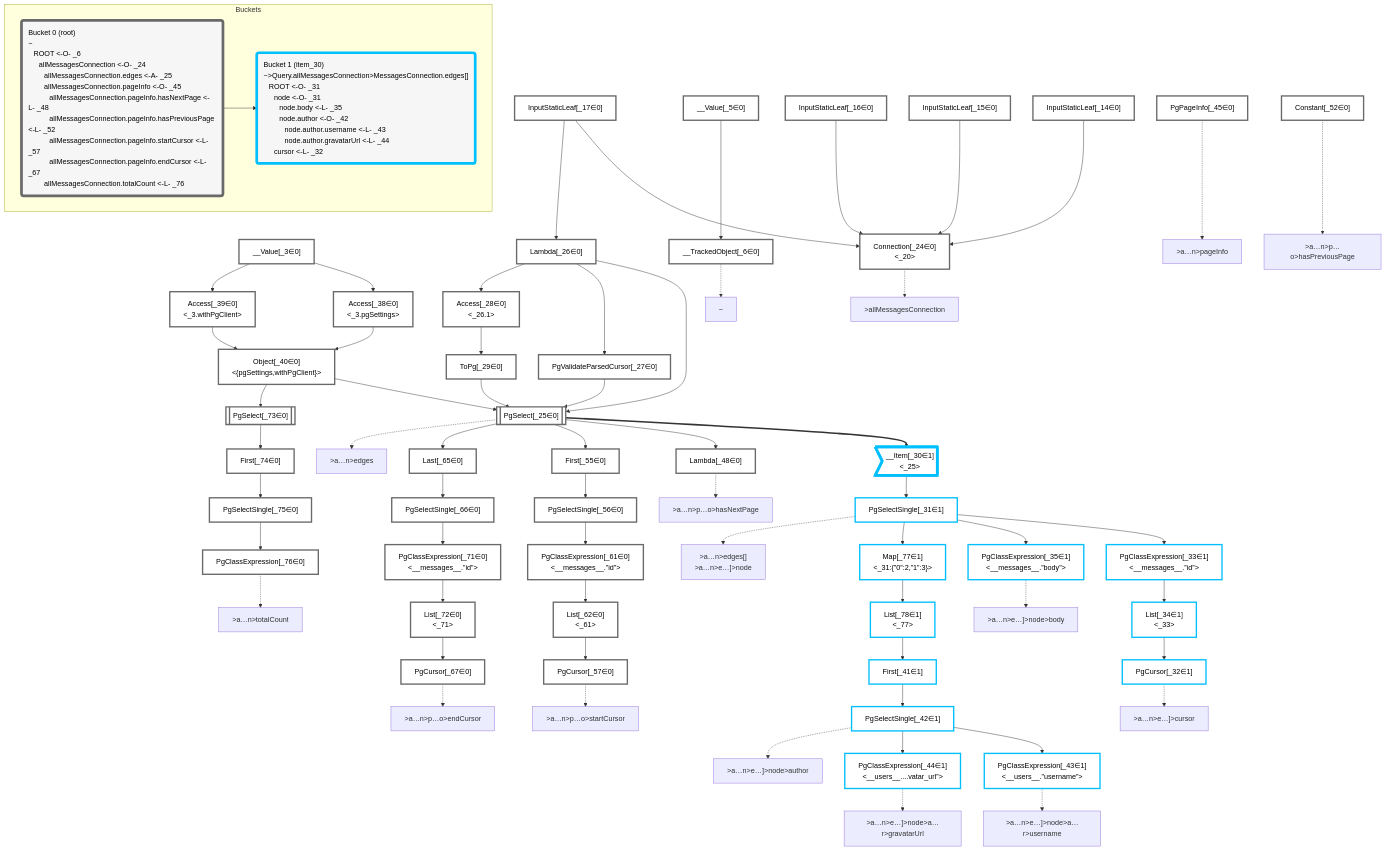
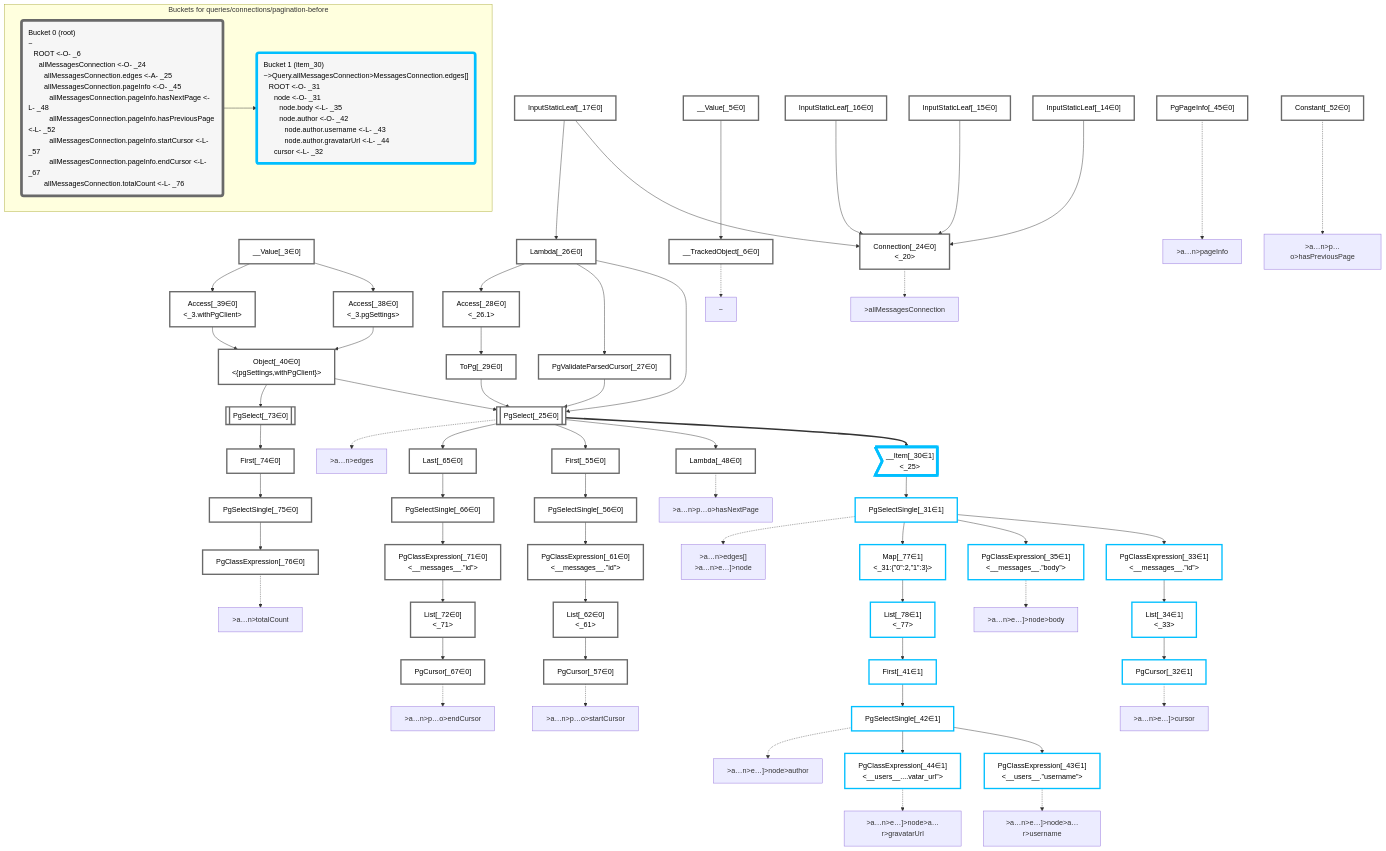
Before and after one commit to graphile/crystal: the diagram in packages/dataplan-pg/__tests__/queries/connections/pagination-before.mermaid.md, drawn with Mermaid. The commit also changed 195 other files, not shown here.

```diff
--- a/packages/dataplan-pg/__tests__/queries/connections/pagination-before.mermaid.md
+++ b/packages/dataplan-pg/__tests__/queries/connections/pagination-before.mermaid.md
@@ -138,7 +138,7 @@
     classDef bucket1 stroke:#00bfff
     class __Item_30,PgSelectSingle_31,PgCursor_32,PgClassExpression_33,List_34,PgClassExpression_35,First_41,PgSelectSingle_42,PgClassExpression_43,PgClassExpression_44,Map_77,List_78 bucket1
 
-    subgraph Buckets
+    subgraph "Buckets for queries/connections/pagination-before"
     Bucket0("Bucket 0 (root)<br />~<br />⠀ROOT <-O- _6<br />⠀⠀allMessagesConnection <-O- _24<br />⠀⠀⠀allMessagesConnection.edges <-A- _25<br />⠀⠀⠀allMessagesConnection.pageInfo <-O- _45<br />⠀⠀⠀⠀allMessagesConnection.pageInfo.hasNextPage <-L- _48<br />⠀⠀⠀⠀allMessagesConnection.pageInfo.hasPreviousPage <-L- _52<br />⠀⠀⠀⠀allMessagesConnection.pageInfo.startCursor <-L- _57<br />⠀⠀⠀⠀allMessagesConnection.pageInfo.endCursor <-L- _67<br />⠀⠀⠀allMessagesConnection.totalCount <-L- _76"):::bucket
     style Bucket0 stroke:#696969
     Bucket1("Bucket 1 (item_30)<br />~>Query.allMessagesConnection>MessagesConnection.edges[]<br />⠀ROOT <-O- _31<br />⠀⠀node <-O- _31<br />⠀⠀⠀node.body <-L- _35<br />⠀⠀⠀node.author <-O- _42<br />⠀⠀⠀⠀node.author.username <-L- _43<br />⠀⠀⠀⠀node.author.gravatarUrl <-L- _44<br />⠀⠀cursor <-L- _32"):::bucket
```
